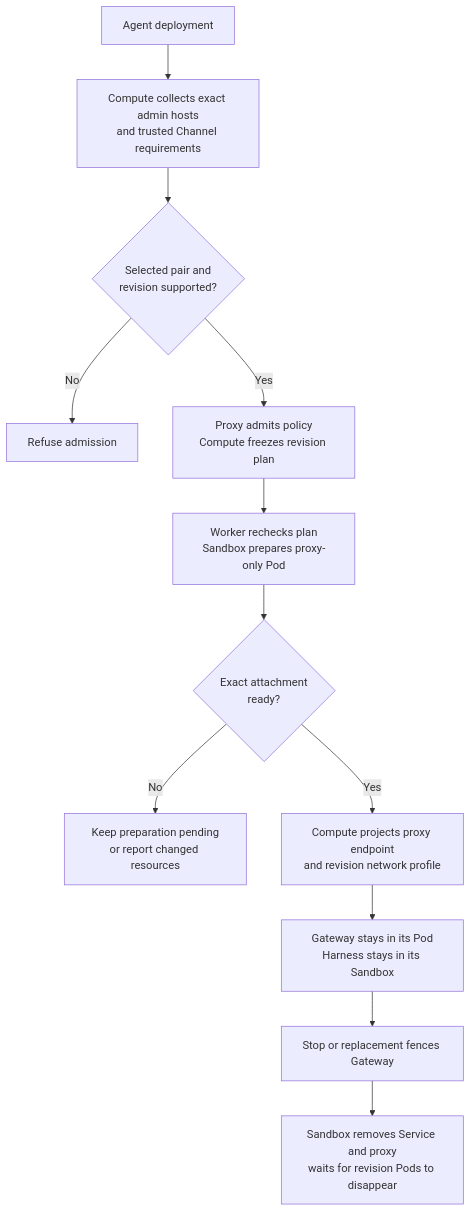
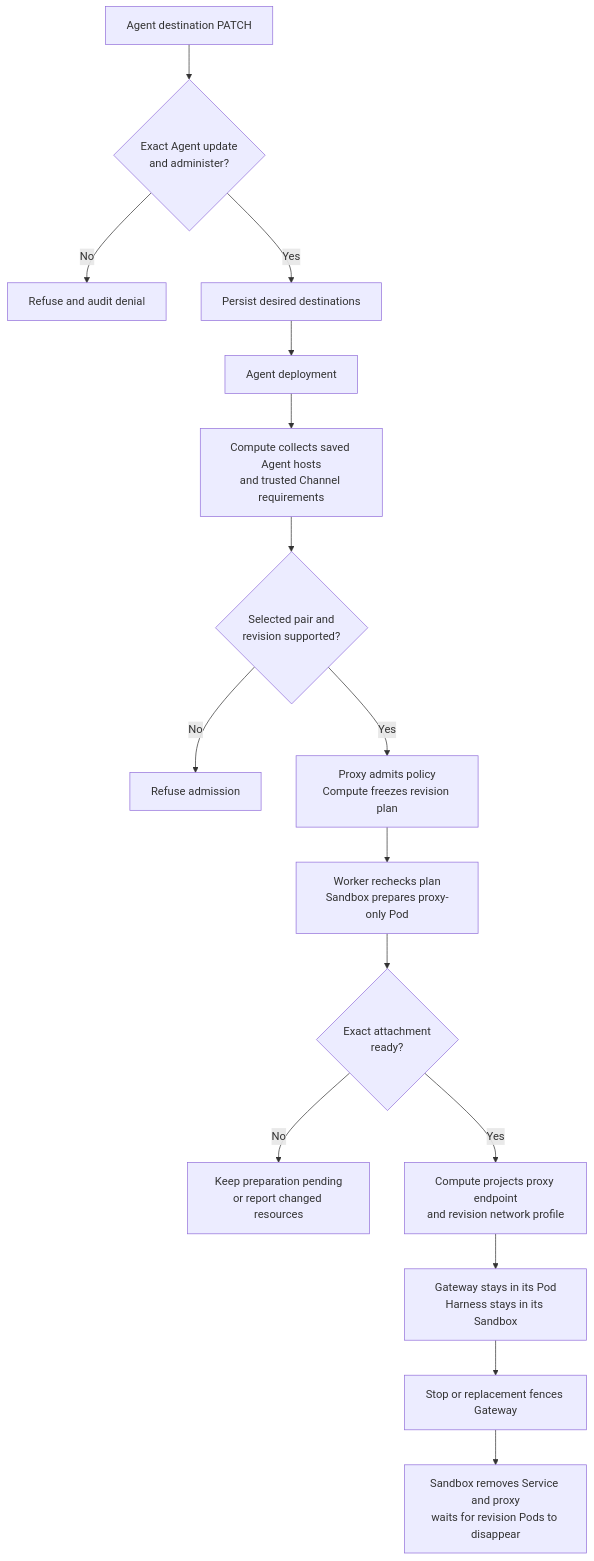
Before and after one commit to raw-labs/openclaw-enterprise: the diagram in docs/flows/gateway-outbound-destinations.md, drawn with Mermaid. The commit also changed other lines of this file and 70 other files, not shown here.

Commit message:
feat: implement Agent-owned Gateway destination control

````diff
--- a/docs/flows/gateway-outbound-destinations.md
+++ b/docs/flows/gateway-outbound-destinations.md
@@ -52,14 +62,18 @@
 ```mermaid
 graph TD
-  A["Agent deployment"] --> B["Compute collects exact admin hosts<br/>and trusted Channel requirements"]
+  W["Agent destination PATCH"] --> P{"Exact Agent update<br/>and administer?"}
+  P -->|No| R["Refuse and audit denial"]
+  P -->|Yes| S["Persist desired destinations"]
+  S --> A["Agent deployment"]
+  A --> B["Compute collects saved Agent hosts<br/>and trusted Channel requirements"]
   B --> C{"Selected pair and<br/>revision supported?"}
   C -->|No| X["Refuse admission"]
   C -->|Yes| D["Proxy admits policy<br/>Compute freezes revision plan"]
   D --> E["Worker rechecks plan<br/>Sandbox prepares proxy-only Pod"]
   E --> F{"Exact attachment<br/>ready?"}
   F -->|No| Y["Keep preparation pending<br/>or report changed resources"]
   F -->|Yes| G["Compute projects proxy endpoint<br/>and revision network profile"]
   G --> H["Gateway stays in its Pod<br/>Harness stays in its Sandbox"]
   H --> I["Stop or replacement fences Gateway"]
   I --> J["Sandbox removes Service and proxy<br/>waits for revision Pods to disappear"]
 ```
````
